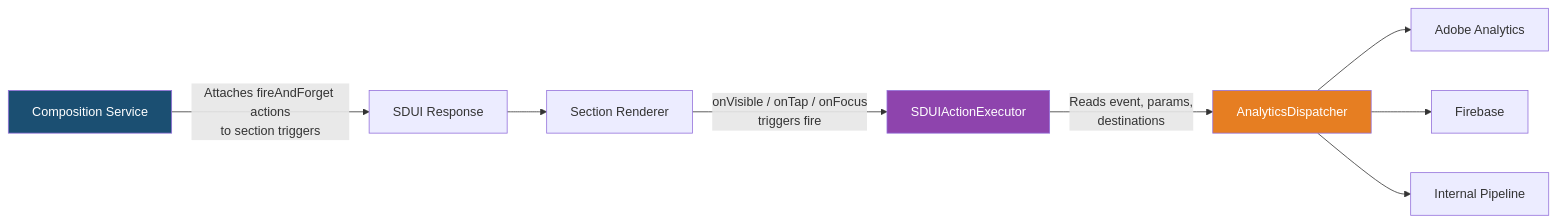
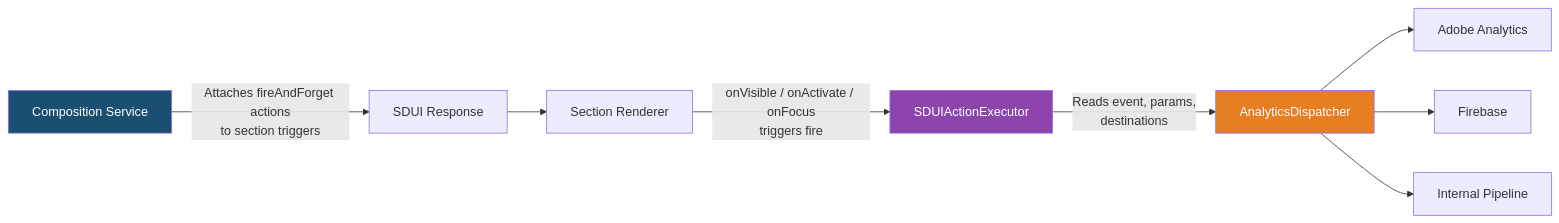
Before and after one commit to bakburner/sdui-learn: the sixth of 11 diagrams in docs/sdui-requirements-summary.md, drawn with Mermaid. The commit also changed other lines of this file and 11 other files, not shown here.

````diff
--- a/docs/sdui-requirements-summary.md
+++ b/docs/sdui-requirements-summary.md
@@ -405,14 +480,14 @@
 ```mermaid
 graph LR
     CS[Composition Service] -->|"Attaches fireAndForget actions<br/>to section triggers"| RESP[SDUI Response]
     RESP --> REND[Section Renderer]
-    REND -->|"onVisible / onTap / onFocus<br/>triggers fire"| EXEC[SDUIActionExecutor]
+    REND -->|"onVisible / onActivate / onFocus<br/>triggers fire"| EXEC[SDUIActionExecutor]
     EXEC -->|"Reads event, params,<br/>destinations"| DISP[AnalyticsDispatcher]
     DISP --> ADOBE[Adobe Analytics]
     DISP --> FIRE[Firebase]
     DISP --> INT[Internal Pipeline]
 
     style CS fill:#1B4F72,color:#fff
     style EXEC fill:#8E44AD,color:#fff
     style DISP fill:#E67E22,color:#fff
 ```
````
